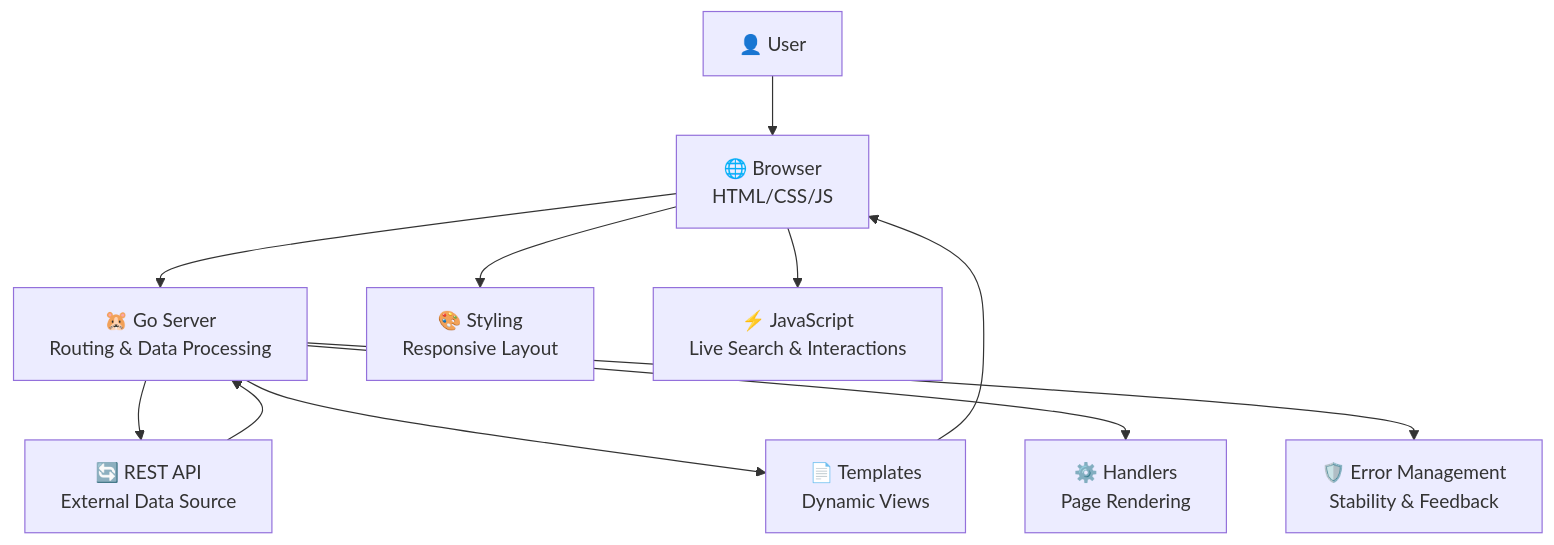
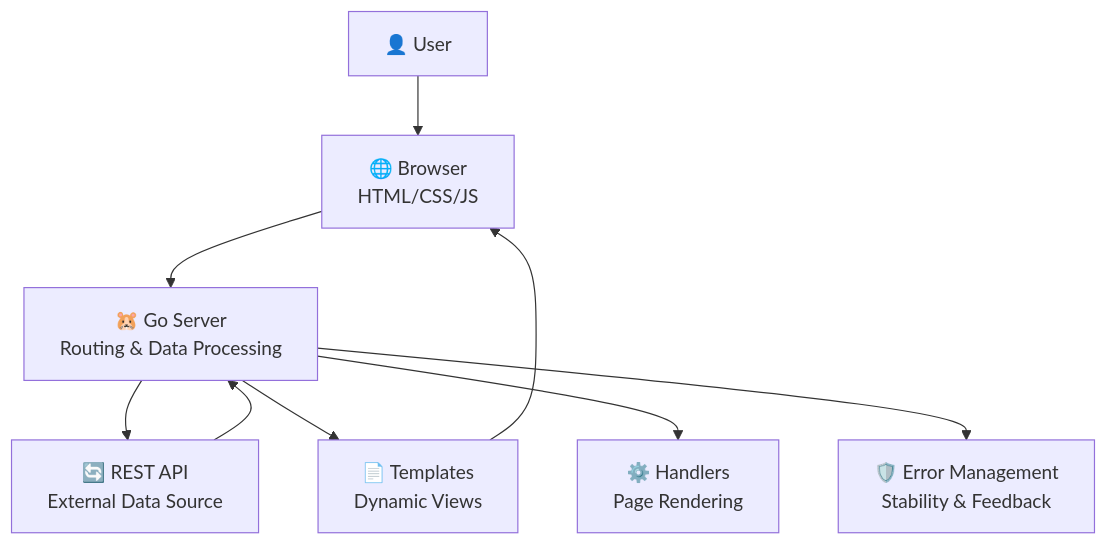
One commit to sahmedhusain/harmonyhub changed the diagram in README.md. Above: the diagram before and after it, drawn with Mermaid.

````diff
--- a/README.md
+++ b/README.md
@@ -163,13 +163,11 @@
 ```mermaid
-graph TD;
-    User["👤 User"] --> Browser["🌐 Browser\nHTML/CSS/JS"];
-    Browser --> Server["🐹 Go Server\nRouting & Data Processing"];
-    Server --> API["🔄 REST API\nExternal Data Source"];
-    API --> Server;
-    Server --> Templates["📄 Templates\nDynamic Views"];
-    Templates --> Browser;
-    Server --> Handlers["⚙️ Handlers\nPage Rendering"];
-    Server --> ErrorManagement["🛡️ Error Management\nStability & Feedback"];
-    Browser --> Styling["🎨 Styling\nResponsive Layout"];
-    Browser --> JavaScript["⚡ JavaScript\nLive Search & Interactions"];
+graph TD
+    User["👤 User"] --> Browser["🌐 Browser\nHTML/CSS/JS"]
+    Browser --> Server["🐹 Go Server\nRouting & Data Processing"]
+    Server --> API["🔄 REST API\nExternal Data Source"]
+    API --> Server
+    Server --> Templates["📄 Templates\nDynamic Views"]
+    Templates --> Browser
+    Server --> Handlers["⚙️ Handlers\nPage Rendering"]
+    Server --> ErrorManagement["🛡️ Error Management\nStability & Feedback"]
 ```
````
